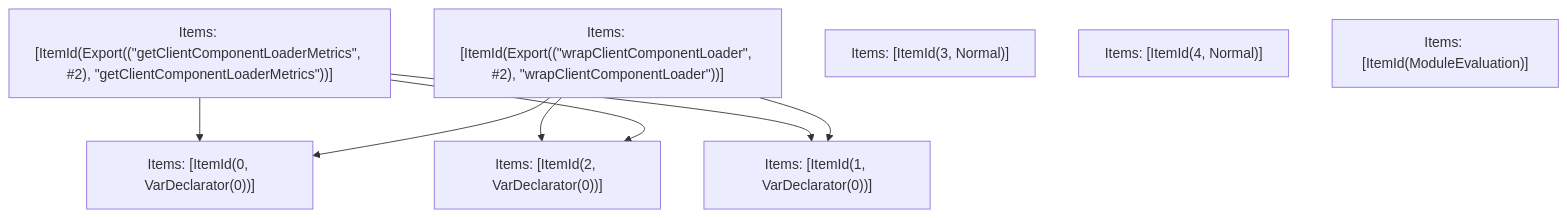
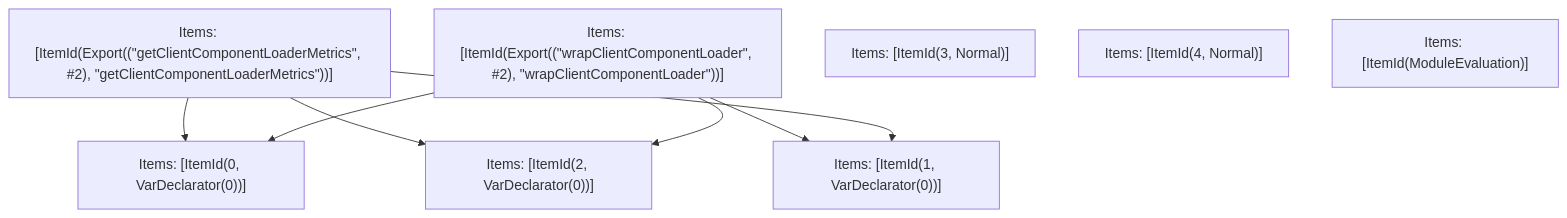
The fifth of 5 diagrams in turbopack/crates/turbopack-ecmascript/tests/tree-shaker/analyzer/let-bug-1/output.md (Sonar-UX-Testing-FreePlan/next.js), drawn with Mermaid before and after one commit. The commit also changed other lines of this file and 30 other files, not shown here.

````diff
--- a/turbopack/crates/turbopack-ecmascript/tests/tree-shaker/analyzer/let-bug-1/output.md
+++ b/turbopack/crates/turbopack-ecmascript/tests/tree-shaker/analyzer/let-bug-1/output.md
@@ -179,17 +179,17 @@
 ```mermaid
 graph TD
     N0["Items: [ItemId(Export((&quot;getClientComponentLoaderMetrics&quot;, #2), &quot;getClientComponentLoaderMetrics&quot;))]"];
     N1["Items: [ItemId(Export((&quot;wrapClientComponentLoader&quot;, #2), &quot;wrapClientComponentLoader&quot;))]"];
     N2["Items: [ItemId(0, VarDeclarator(0))]"];
     N3["Items: [ItemId(1, VarDeclarator(0))]"];
     N4["Items: [ItemId(2, VarDeclarator(0))]"];
     N5["Items: [ItemId(3, Normal)]"];
     N6["Items: [ItemId(4, Normal)]"];
     N7["Items: [ItemId(ModuleEvaluation)]"];
+    N0 --> N2;
+    N0 --> N4;
+    N1 --> N3;
     N1 --> N4;
-    N0 --> N2;
     N1 --> N2;
-    N0 --> N4;
     N0 --> N3;
-    N1 --> N3;
 ```
````
